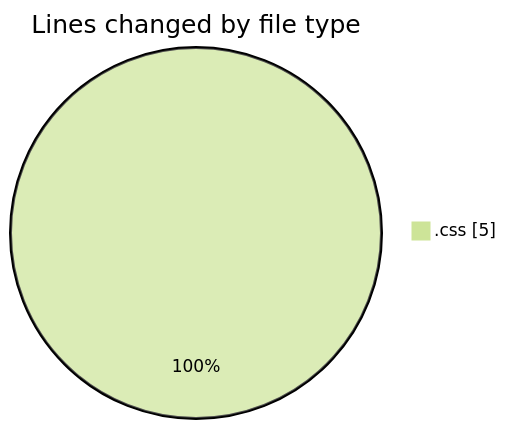
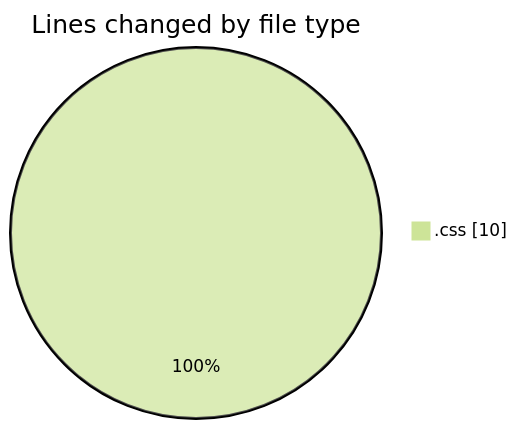
The first of 2 diagrams in 2026-01-06/budget_front_nest/README.md (igalym/code-tracking), drawn with Mermaid (forest theme) before and after one commit. The commit also changed other lines of this file and 1 other file, not shown here.

````diff
--- a/2026-01-06/budget_front_nest/README.md
+++ b/2026-01-06/budget_front_nest/README.md
@@ -20,5 +20,5 @@
 ```mermaid
 pie showData
 title Lines changed by file type
-".css" : 5
+".css" : 10
 ```
````
